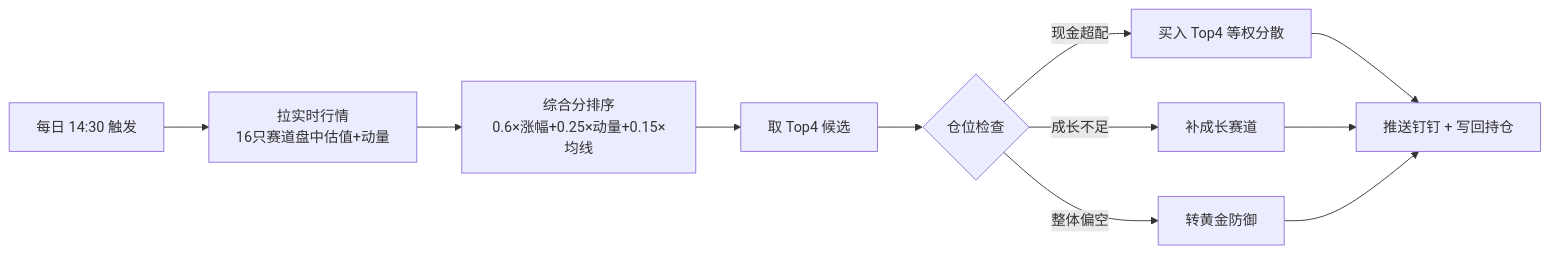
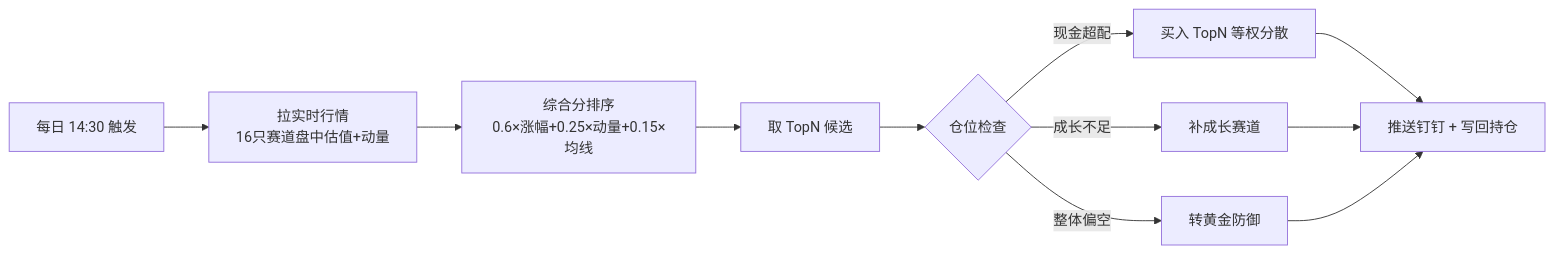
Before and after one commit to 1dpy/fund-advisor: the second of 2 diagrams in README.md, drawn with Mermaid. The commit also changed other lines of this file and 13 other files, not shown here.

````diff
--- a/README.md
+++ b/README.md
@@ -180,13 +201,13 @@
 ```mermaid
 flowchart LR
     S[每日 14:30 触发] --> R[拉实时行情<br/>16只赛道盘中估值+动量]
     R --> Q[综合分排序<br/>0.6×涨幅+0.25×动量+0.15×均线]
-    Q --> T[取 Top4 候选]
+    Q --> T[取 TopN 候选]
     T --> C{仓位检查}
-    C -->|现金超配| B[买入 Top4 等权分散]
+    C -->|现金超配| B[买入 TopN 等权分散]
     C -->|成长不足| U[补成长赛道]
     C -->|整体偏空| G[转黄金防御]
     B --> P[推送钉钉 + 写回持仓]
     U --> P
     G --> P
 ```
````
